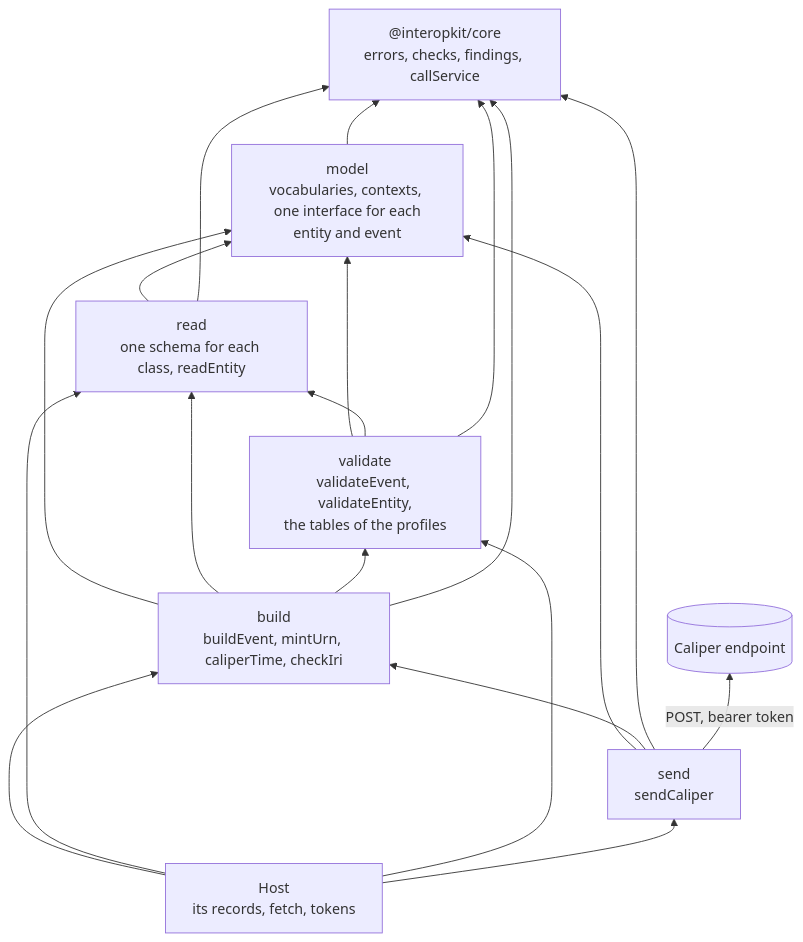
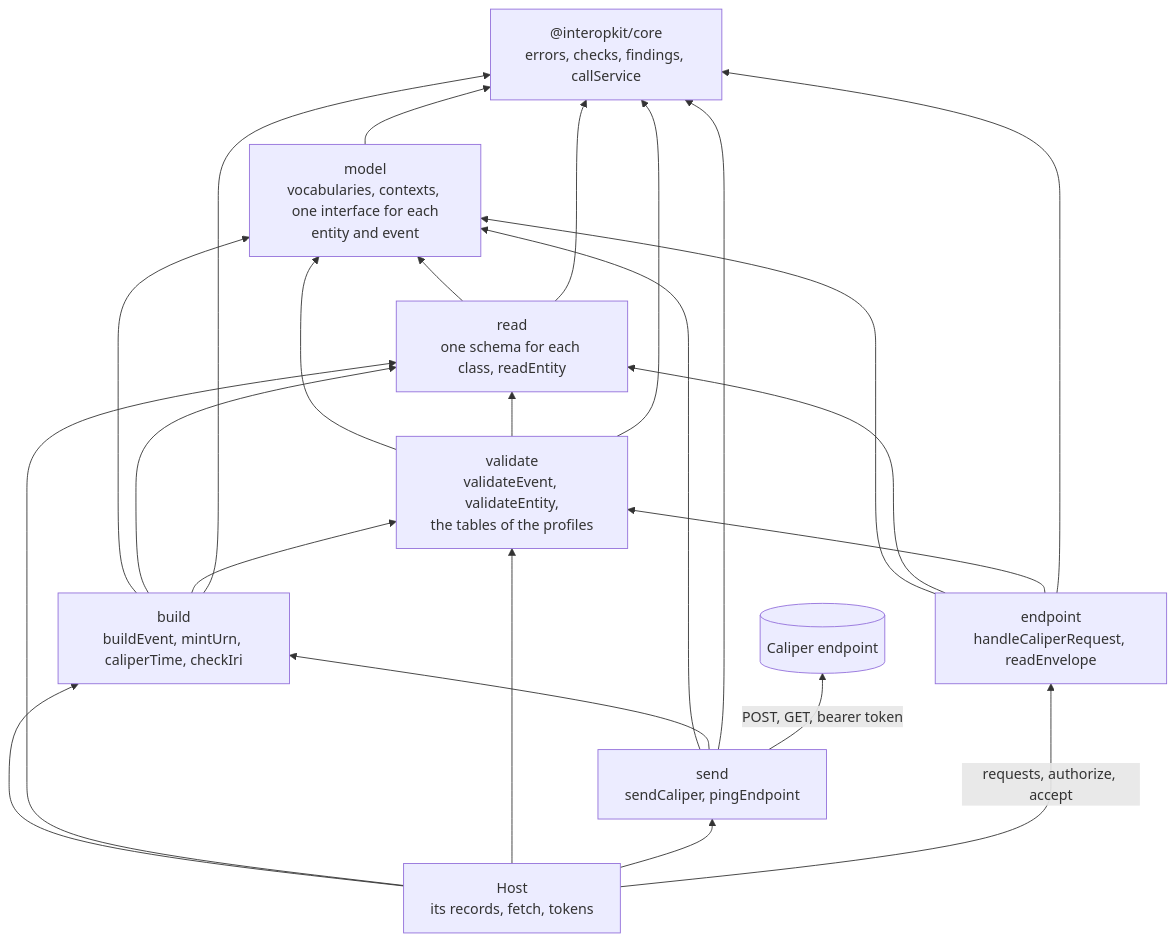
Before and after one commit to interopkit/interopkit: the diagram in docs/learning-analytics/architecture.md, drawn with Mermaid. The commit also changed other lines of this file and 51 other files, not shown here.

First line of the commit message:
Send entity describes and ask for the configuration, and receive envelopes at an endpoint that authorizes before it parses

````diff
--- a/docs/learning-analytics/architecture.md
+++ b/docs/learning-analytics/architecture.md
@@ -7,27 +7,33 @@
 ```mermaid
 flowchart BT
   core["@interopkit/core<br/>errors, checks, findings, callService"]
   model["model<br/>vocabularies, contexts, one interface for each<br/>entity and event"]
   read["read<br/>one schema for each class, readEntity"]
   validate["validate<br/>validateEvent, validateEntity,<br/>the tables of the profiles"]
   build["build<br/>buildEvent, mintUrn, caliperTime, checkIri"]
-  send["send<br/>sendCaliper"]
+  send["send<br/>sendCaliper, pingEndpoint"]
+  endpointNode["endpoint<br/>handleCaliperRequest, readEnvelope"]
   read --> model
   validate --> model
   validate --> read
   build --> model
   build --> read
   build --> validate
   send --> model
   send --> build
+  endpointNode --> model
+  endpointNode --> read
+  endpointNode --> validate
   model --> core
   read --> core
   validate --> core
   build --> core
   send --> core
+  endpointNode --> core
   host["Host<br/>its records, fetch, tokens"] --> build
   host --> read
   host --> validate
   host --> send
-  send -->|"POST, bearer token"| endpoint[("Caliper endpoint")]
+  host -->|"requests, authorize, accept"| endpointNode
+  send -->|"POST, GET, bearer token"| wire[("Caliper endpoint")]
 ```
````
